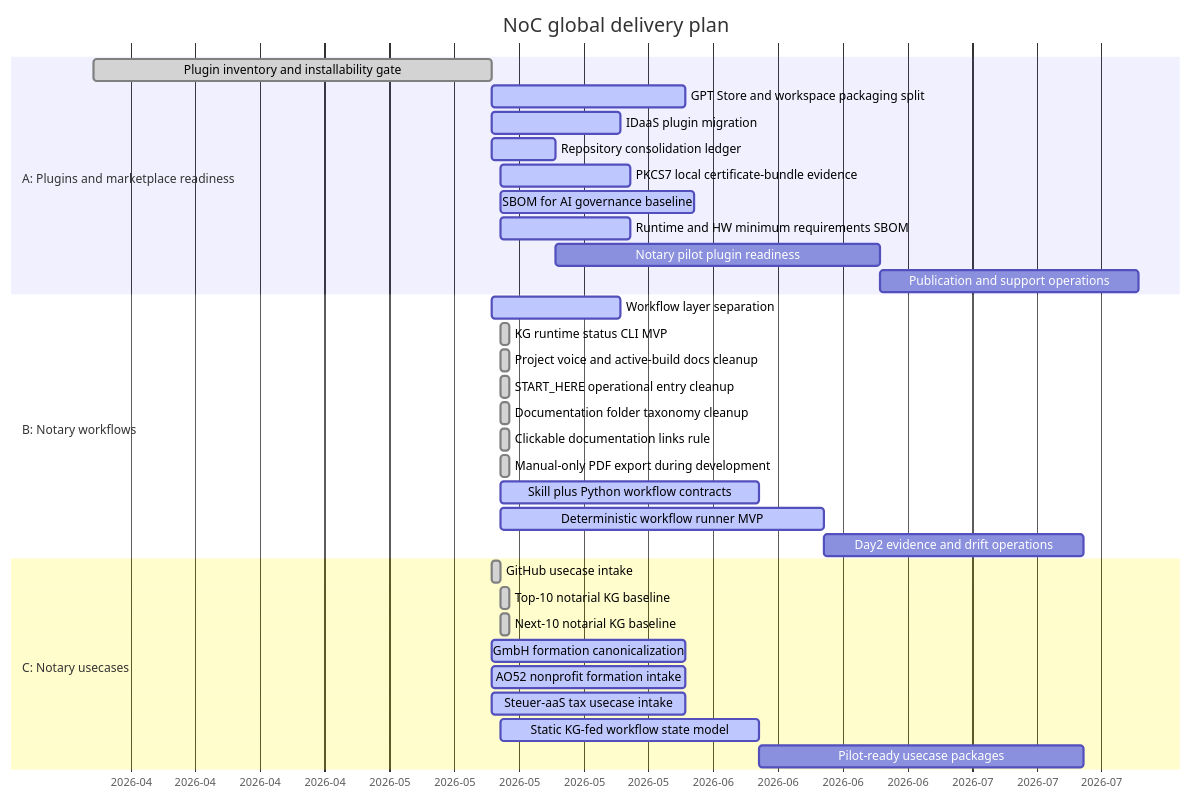
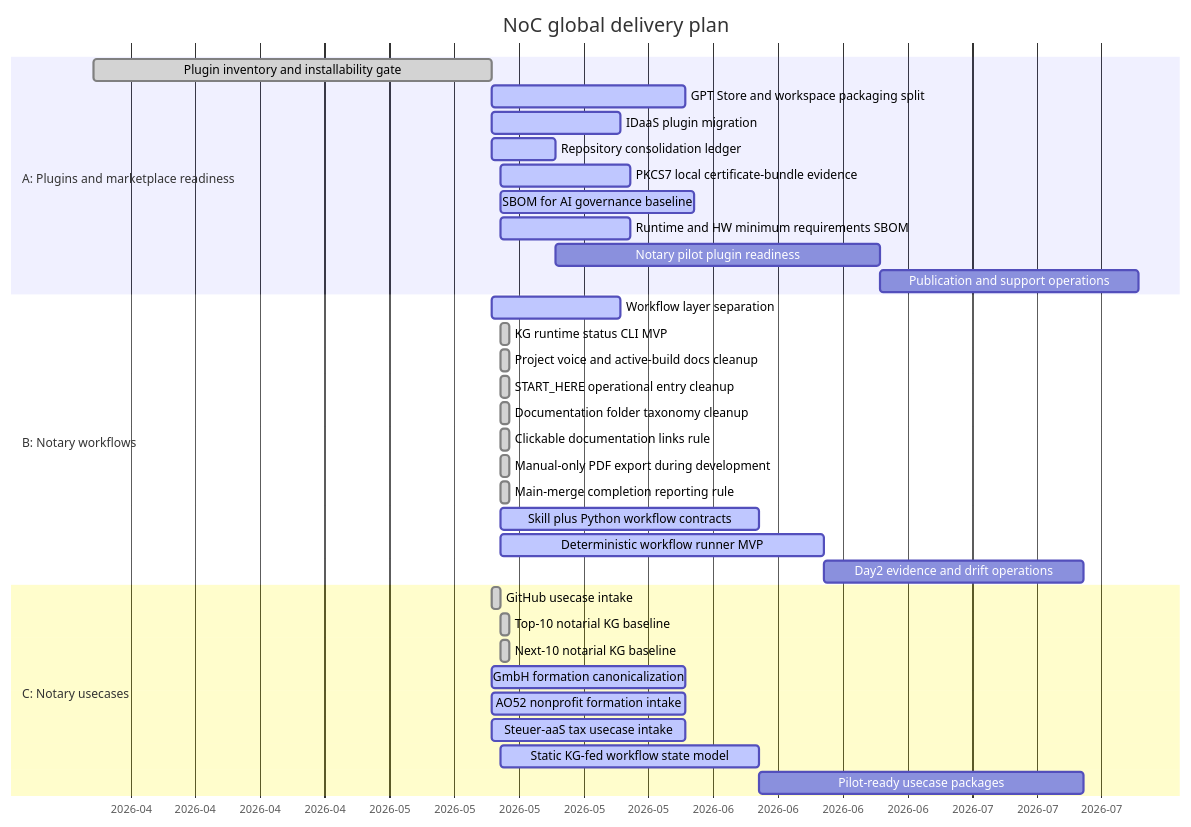
Before and after one commit to notariat8/NaC: the diagram in roadmap/GANTT.md, drawn with Mermaid. The commit also changed other lines of this file and 4 other files, not shown here.

Commit message:
Require main merge before reporting done

````diff
--- a/roadmap/GANTT.md
+++ b/roadmap/GANTT.md
@@ -12,39 +12,40 @@
 ```mermaid
 gantt
     title NoC global delivery plan
     dateFormat  YYYY-MM-DD
     axisFormat  %Y-%m
 
     section A: Plugins and marketplace readiness
     Plugin inventory and installability gate     :done,    a1, 2026-04-01, 2026-05-14
     GPT Store and workspace packaging split      :active,  a2, 2026-05-14, 21d
     IDaaS plugin migration                       :active,  a3, 2026-05-14, 14d
     Repository consolidation ledger              :active,  a4, 2026-05-14, 7d
     PKCS7 local certificate-bundle evidence      :active,  a4a, 2026-05-15, 14d
     SBOM for AI governance baseline              :active,  a4b, 2026-05-15, 21d
     Runtime and HW minimum requirements SBOM     :active,  a4c, 2026-05-15, 14d
     Notary pilot plugin readiness                :         a5, after a4, 35d
     Publication and support operations           :         a6, after a5, 28d
 
     section B: Notary workflows
     Workflow layer separation                    :active,  b1, 2026-05-14, 14d
     KG runtime status CLI MVP                    :done,    b1a, 2026-05-15, 1d
     Project voice and active-build docs cleanup  :done,    b1b, 2026-05-15, 1d
     START_HERE operational entry cleanup         :done,    b1c, 2026-05-15, 1d
     Documentation folder taxonomy cleanup        :done,    b1d, 2026-05-15, 1d
     Clickable documentation links rule           :done,    b1e, 2026-05-15, 1d
     Manual-only PDF export during development    :done,    b1f, 2026-05-15, 1d
+    Main-merge completion reporting rule         :done,    b1g, 2026-05-15, 1d
     Skill plus Python workflow contracts         :active,  b2, 2026-05-15, 28d
     Deterministic workflow runner MVP            :active,  b3, 2026-05-15, 35d
     Day2 evidence and drift operations           :         b4, after b3, 28d
 
     section C: Notary usecases
     GitHub usecase intake                        :done,    c1, 2026-05-14, 1d
     Top-10 notarial KG baseline                  :done,    c2, 2026-05-15, 1d
     Next-10 notarial KG baseline                 :done,    c3, 2026-05-15, 1d
     GmbH formation canonicalization              :active,  c4, 2026-05-14, 21d
     AO52 nonprofit formation intake              :active,  c5, 2026-05-14, 21d
     Steuer-aaS tax usecase intake                :active,  c6, 2026-05-14, 21d
     Static KG-fed workflow state model           :active,  c7, 2026-05-15, 28d
     Pilot-ready usecase packages                 :         c8, after c7, 35d
 ```
````
